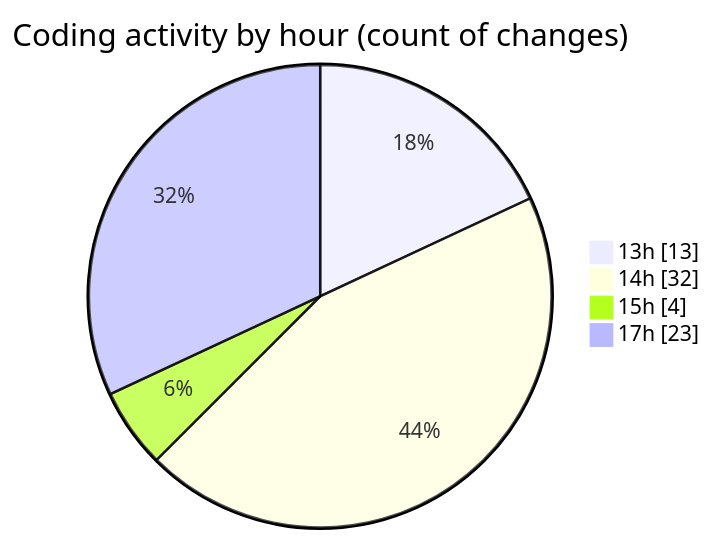
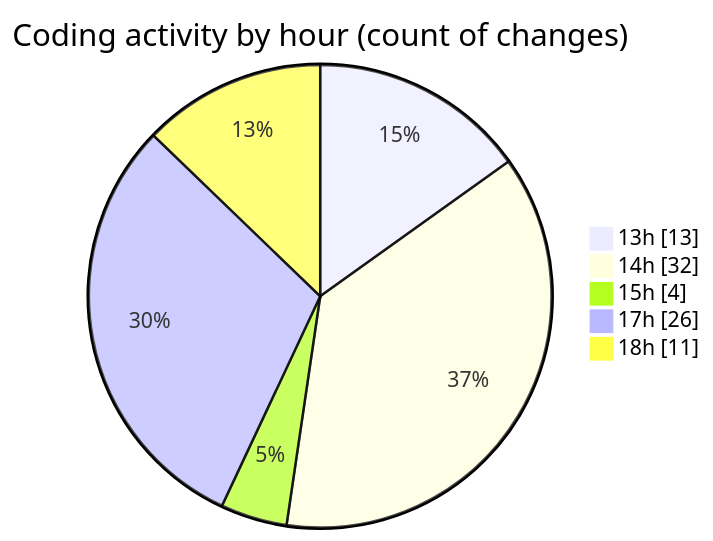
One commit to nxtqubesakshisongat/code-tracking changed the second of 2 diagrams in 2025-06-05/nxtqube_webapp/README.md. Above: the diagram before and after it, drawn with Mermaid. The commit also changed other lines of this file and 1 other file, not shown here.

````diff
--- a/2025-06-05/nxtqube_webapp/README.md
+++ b/2025-06-05/nxtqube_webapp/README.md
@@ -33,8 +34,9 @@
 ```mermaid
 pie showData
 title Coding activity by hour (count of changes)
 "13h" : 13
 "14h" : 32
 "15h" : 4
-"17h" : 23
+"17h" : 26
+"18h" : 11
 ```
````
